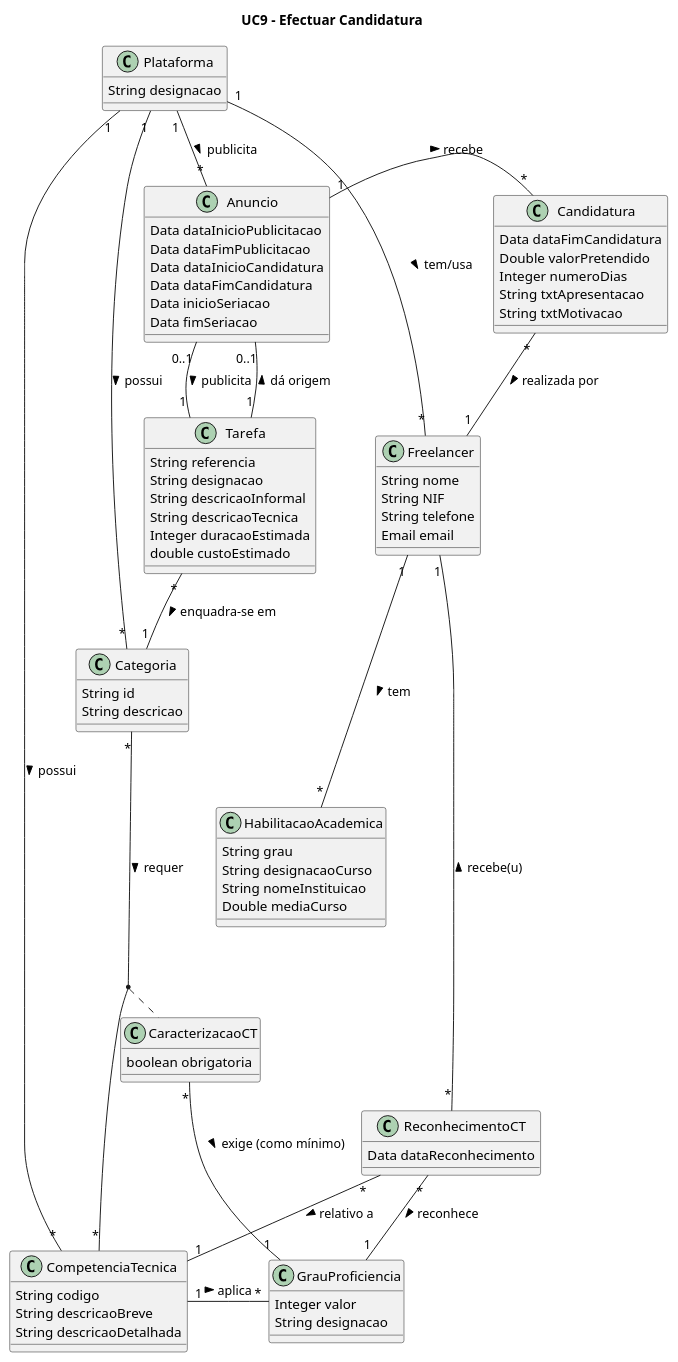
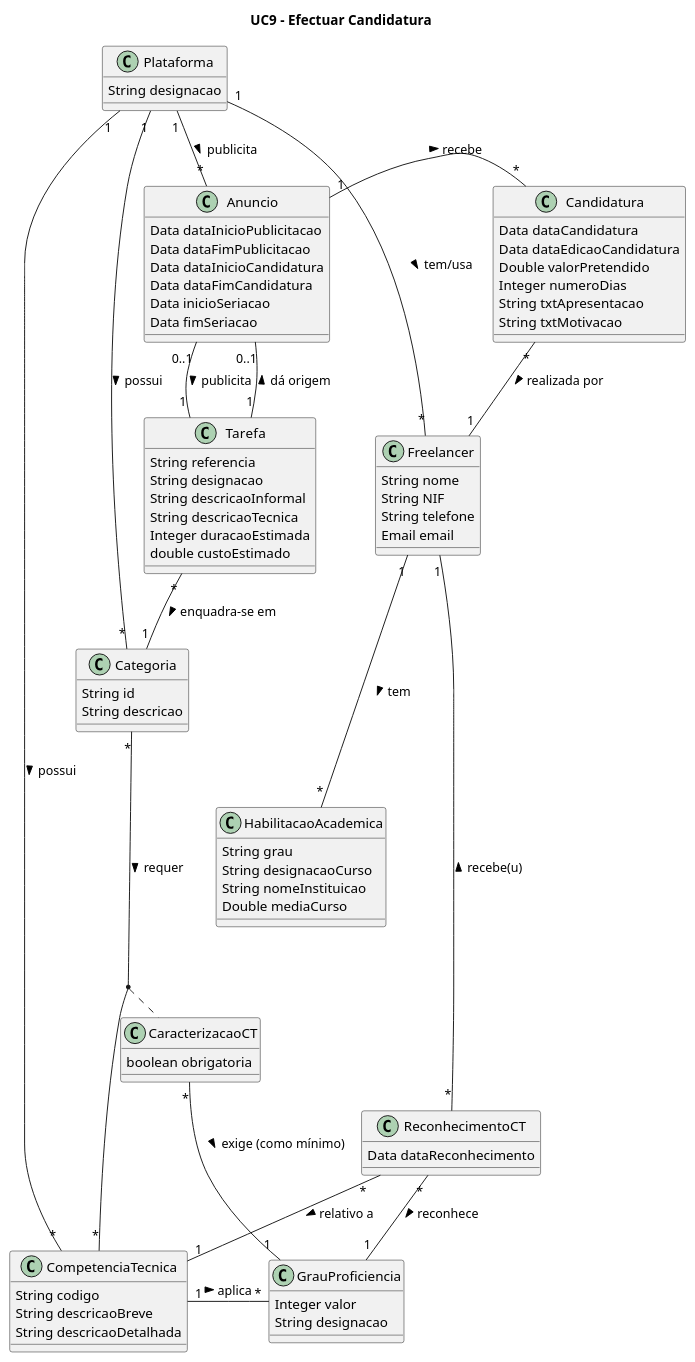
One commit to blestonbandeiraUPSKILL/upskill_java1_labprg_grupo2 changed the diagram in Documentação/Sprint 3/UC09_Efectuar_Candidatura/Excerto modelo domínio.plantuml. Above: the diagram before and after it, drawn with PlantUML. The commit also changed 6 other files, not shown here.

```diff
--- a/Documentação/Sprint 3/UC09_Efectuar_Candidatura/Excerto modelo domínio.plantuml
+++ b/Documentação/Sprint 3/UC09_Efectuar_Candidatura/Excerto modelo domínio.plantuml
@@ -1,96 +1,97 @@
 @startuml
 
 
 title UC9 - Efectuar Candidatura
 
 class Plataforma {
     String designacao
 }
 
 class Anuncio {
     Data dataInicioPublicitacao
     Data dataFimPublicitacao
     Data dataInicioCandidatura
     Data dataFimCandidatura
     Data inicioSeriacao
     Data fimSeriacao
 }
 
 class Categoria {
     String id 
     String descricao
 }
 
 class GrauProficiencia {
     Integer valor
     String designacao
 }
 class CaracterizacaoCT {
     boolean obrigatoria
 }
 class CompetenciaTecnica {
     String codigo
     String descricaoBreve
     String descricaoDetalhada
 }
 class Tarefa {
     String referencia
     String designacao
     String descricaoInformal
     String descricaoTecnica
     Integer duracaoEstimada
     double custoEstimado
 }
 
 class Freelancer {
     String nome 
     String NIF
     String telefone
     Email email
 }
 class Candidatura {
-    Data dataFimCandidatura
+    Data dataCandidatura
+    Data dataEdicaoCandidatura
     Double valorPretendido
     Integer numeroDias
     String txtApresentacao
     String txtMotivacao
 }
 class HabilitacaoAcademica{
     String grau
     String designacaoCurso
     String nomeInstituicao
     Double mediaCurso
 }
 class ReconhecimentoCT {
     Data dataReconhecimento
 }
 
 
 Plataforma "1" -- "*" Categoria : possui >
 Plataforma "1" -- "*" Anuncio : publicita >
 Plataforma "1" -- "*" CompetenciaTecnica : possui >
 Plataforma "1" -- "*" Freelancer : tem/usa >
 
 Anuncio "0..1" -- "1" Tarefa : publicita >
 Anuncio "0..1" -- "1" Tarefa : dá origem <
 Anuncio "1" - "*" Candidatura : recebe >
 
 Tarefa "*" -- "1" Categoria : enquadra-se em >
 
 Candidatura "*" -- "1" Freelancer : realizada por >
 
 Freelancer "1" --- "*" HabilitacaoAcademica : tem >
 Freelancer "1" --- "*" ReconhecimentoCT : recebe(u) <
 
 ReconhecimentoCT "*" - "1" CompetenciaTecnica : relativo a >
 ReconhecimentoCT "*" -- "1" GrauProficiencia : reconhece >
 
 CompetenciaTecnica "1" - "*" GrauProficiencia : aplica >
 
 CaracterizacaoCT "*" - "1" GrauProficiencia : exige (como mínimo) >
 
 Categoria "*" --- "*" CompetenciaTecnica : requer >
 
 (Categoria, CompetenciaTecnica) . CaracterizacaoCT
 
 @enduml
```
